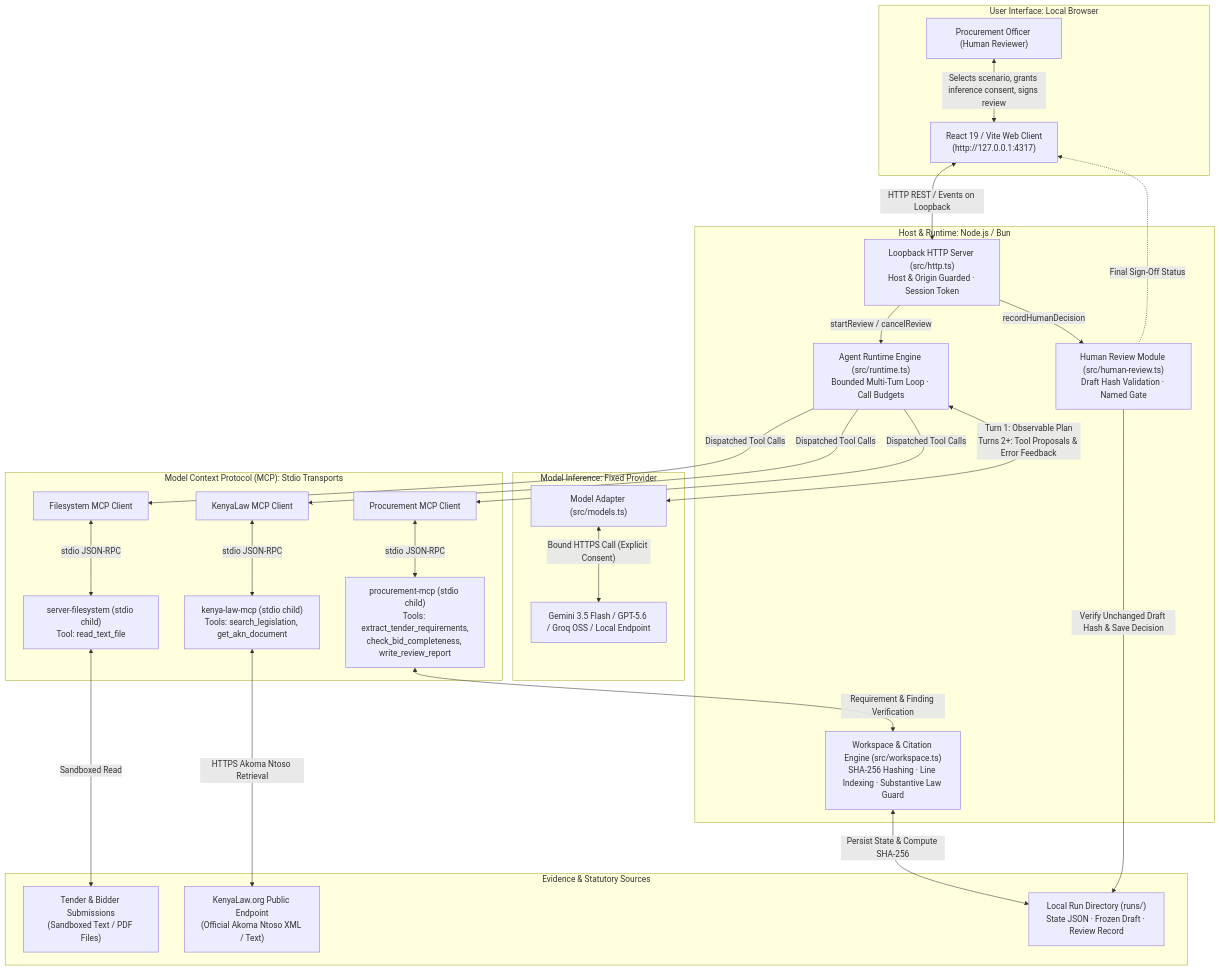
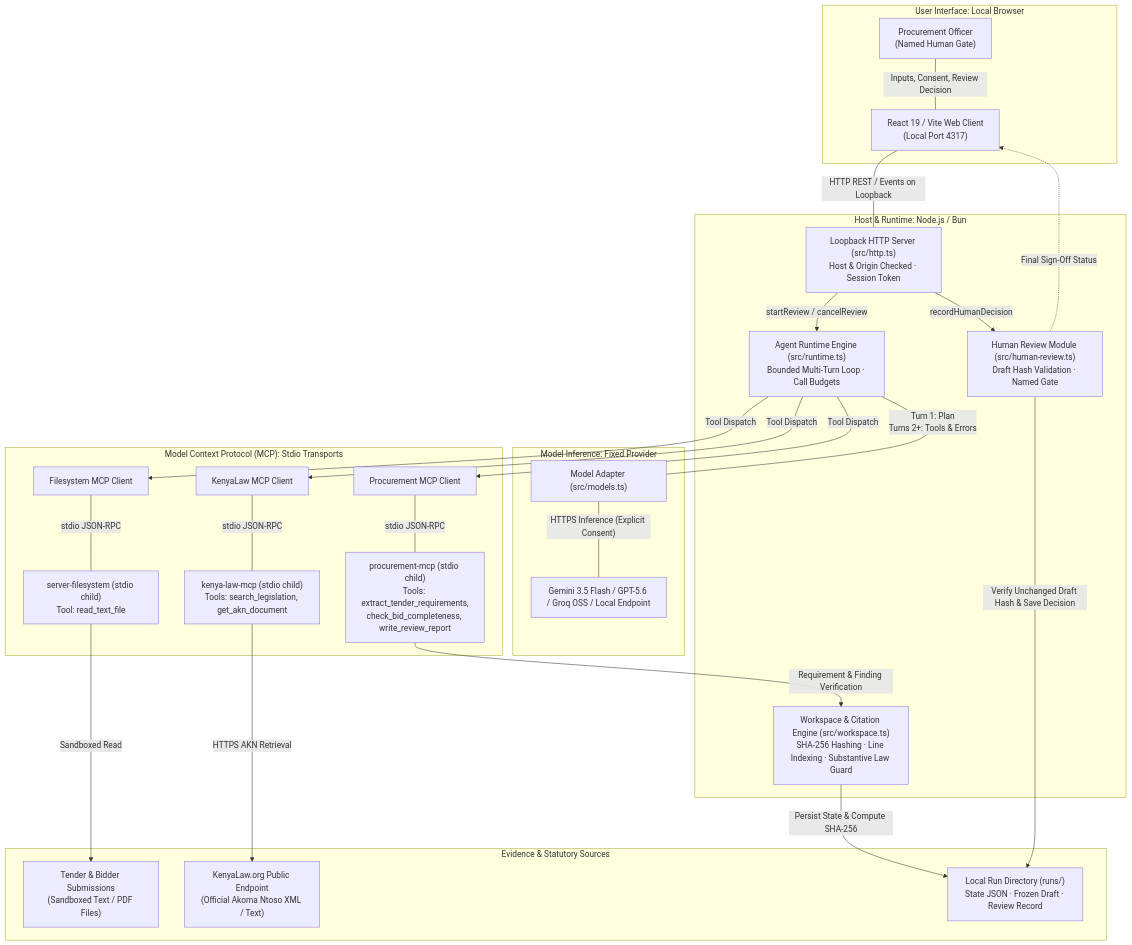
One commit to RobinsKarani/hakiki changed the first of 2 diagrams in ARCHITECTURE.md. Above: the diagram before and after it, drawn with Mermaid.

Commit message:
docs: use br tags and standard mermaid edge syntax for parser compatibility

````diff
--- a/ARCHITECTURE.md
+++ b/ARCHITECTURE.md
@@ -11,59 +11,59 @@
 ```mermaid
 flowchart TB
-    subgraph UI_LAYER["User Interface: Local Browser"]
-        Officer["Procurement Officer (Human Reviewer)"]
-        WebClient["React 19 / Vite Web Client\n(http://127.0.0.1:4317)"]
+    subgraph UI_LAYER ["User Interface: Local Browser"]
+        Officer["Procurement Officer<br/>(Named Human Gate)"]
+        WebClient["React 19 / Vite Web Client<br/>(Local Port 4317)"]
     end
 
-    subgraph BACKEND_LAYER["Host & Runtime: Node.js / Bun"]
-        HttpServer["Loopback HTTP Server (src/http.ts)\nHost & Origin Guarded · Session Token"]
-        Runtime["Agent Runtime Engine (src/runtime.ts)\nBounded Multi-Turn Loop · Call Budgets"]
-        HumanGate["Human Review Module (src/human-review.ts)\nDraft Hash Validation · Named Gate"]
-        Workspace["Workspace & Citation Engine (src/workspace.ts)\nSHA-256 Hashing · Line Indexing · Substantive Law Guard"]
+    subgraph BACKEND_LAYER ["Host & Runtime: Node.js / Bun"]
+        HttpServer["Loopback HTTP Server (src/http.ts)<br/>Host & Origin Checked · Session Token"]
+        Runtime["Agent Runtime Engine (src/runtime.ts)<br/>Bounded Multi-Turn Loop · Call Budgets"]
+        HumanGate["Human Review Module (src/human-review.ts)<br/>Draft Hash Validation · Named Gate"]
+        Workspace["Workspace & Citation Engine (src/workspace.ts)<br/>SHA-256 Hashing · Line Indexing · Substantive Law Guard"]
     end
 
-    subgraph MODEL_LAYER["Model Inference: Fixed Provider"]
+    subgraph MODEL_LAYER ["Model Inference: Fixed Provider"]
         ModelAdapter["Model Adapter (src/models.ts)"]
         LLM["Gemini 3.5 Flash / GPT-5.6 / Groq OSS / Local Endpoint"]
     end
 
-    subgraph MCP_LAYER["Model Context Protocol (MCP): Stdio Transports"]
+    subgraph MCP_LAYER ["Model Context Protocol (MCP): Stdio Transports"]
         ClientFS["Filesystem MCP Client"]
         ClientLaw["KenyaLaw MCP Client"]
         ClientProc["Procurement MCP Client"]
         
-        ServerFS["server-filesystem (stdio child)\nTool: read_text_file"]
-        ServerLaw["kenya-law-mcp (stdio child)\nTools: search_legislation, get_akn_document"]
-        ServerProc["procurement-mcp (stdio child)\nTools: extract_tender_requirements,\ncheck_bid_completeness, write_review_report"]
+        ServerFS["server-filesystem (stdio child)<br/>Tool: read_text_file"]
+        ServerLaw["kenya-law-mcp (stdio child)<br/>Tools: search_legislation, get_akn_document"]
+        ServerProc["procurement-mcp (stdio child)<br/>Tools: extract_tender_requirements,<br/>check_bid_completeness, write_review_report"]
     end
 
-    subgraph DATA_LAYER["Evidence & Statutory Sources"]
-        LocalInputs["Tender & Bidder Submissions\n(Sandboxed Text / PDF Files)"]
-        KenyaLawAPI["KenyaLaw.org Public Endpoint\n(Official Akoma Ntoso XML / Text)"]
-        RunStorage["Local Run Directory (runs/)\nState JSON · Frozen Draft · Review Record"]
+    subgraph DATA_LAYER ["Evidence & Statutory Sources"]
+        LocalInputs["Tender & Bidder Submissions<br/>(Sandboxed Text / PDF Files)"]
+        KenyaLawAPI["KenyaLaw.org Public Endpoint<br/>(Official Akoma Ntoso XML / Text)"]
+        RunStorage["Local Run Directory (runs/)<br/>State JSON · Frozen Draft · Review Record"]
     end
 
-    Officer <-->|"Selects scenario, grants inference consent, signs review"| WebClient
-    WebClient <-->|"HTTP REST / Events on Loopback"| HttpServer
+    Officer ---|"Inputs, Consent, Review Decision"| WebClient
+    WebClient ---|"HTTP REST / Events on Loopback"| HttpServer
     HttpServer -->|"startReview / cancelReview"| Runtime
     HttpServer -->|"recordHumanDecision"| HumanGate
 
-    Runtime <-->|"Turn 1: Observable Plan\nTurns 2+: Tool Proposals & Error Feedback"| ModelAdapter
-    ModelAdapter <-->|"Bound HTTPS Call (Explicit Consent)"| LLM
+    Runtime ---|"Turn 1: Plan<br/>Turns 2+: Tools & Errors"| ModelAdapter
+    ModelAdapter ---|"HTTPS Inference (Explicit Consent)"| LLM
 
-    Runtime -->|"Dispatched Tool Calls"| ClientFS
-    Runtime -->|"Dispatched Tool Calls"| ClientLaw
-    Runtime -->|"Dispatched Tool Calls"| ClientProc
+    Runtime -->|"Tool Dispatch"| ClientFS
+    Runtime -->|"Tool Dispatch"| ClientLaw
+    Runtime -->|"Tool Dispatch"| ClientProc
 
-    ClientFS <-->|"stdio JSON-RPC"| ServerFS
-    ClientLaw <-->|"stdio JSON-RPC"| ServerLaw
-    ClientProc <-->|"stdio JSON-RPC"| ServerProc
+    ClientFS ---|"stdio JSON-RPC"| ServerFS
+    ClientLaw ---|"stdio JSON-RPC"| ServerLaw
+    ClientProc ---|"stdio JSON-RPC"| ServerProc
 
-    ServerFS <-->|"Sandboxed Read"| LocalInputs
-    ServerLaw <-->|"HTTPS Akoma Ntoso Retrieval"| KenyaLawAPI
-    ServerProc <-->|"Requirement & Finding Verification"| Workspace
+    ServerFS -->|"Sandboxed Read"| LocalInputs
+    ServerLaw -->|"HTTPS AKN Retrieval"| KenyaLawAPI
+    ServerProc -->|"Requirement & Finding Verification"| Workspace
 
-    Workspace <-->|"Persist State & Compute SHA-256"| RunStorage
+    Workspace -->|"Persist State & Compute SHA-256"| RunStorage
     HumanGate -->|"Verify Unchanged Draft Hash & Save Decision"| RunStorage
     HumanGate -.->|"Final Sign-Off Status"| WebClient
 ```
````
